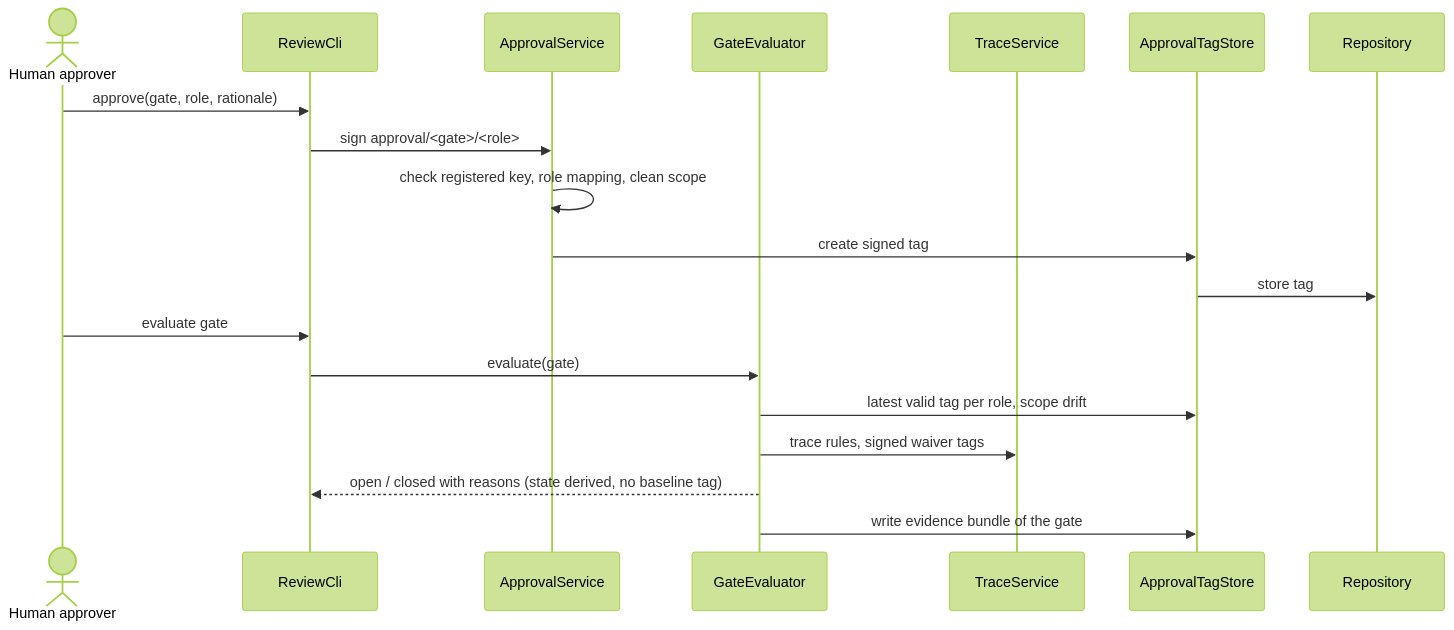
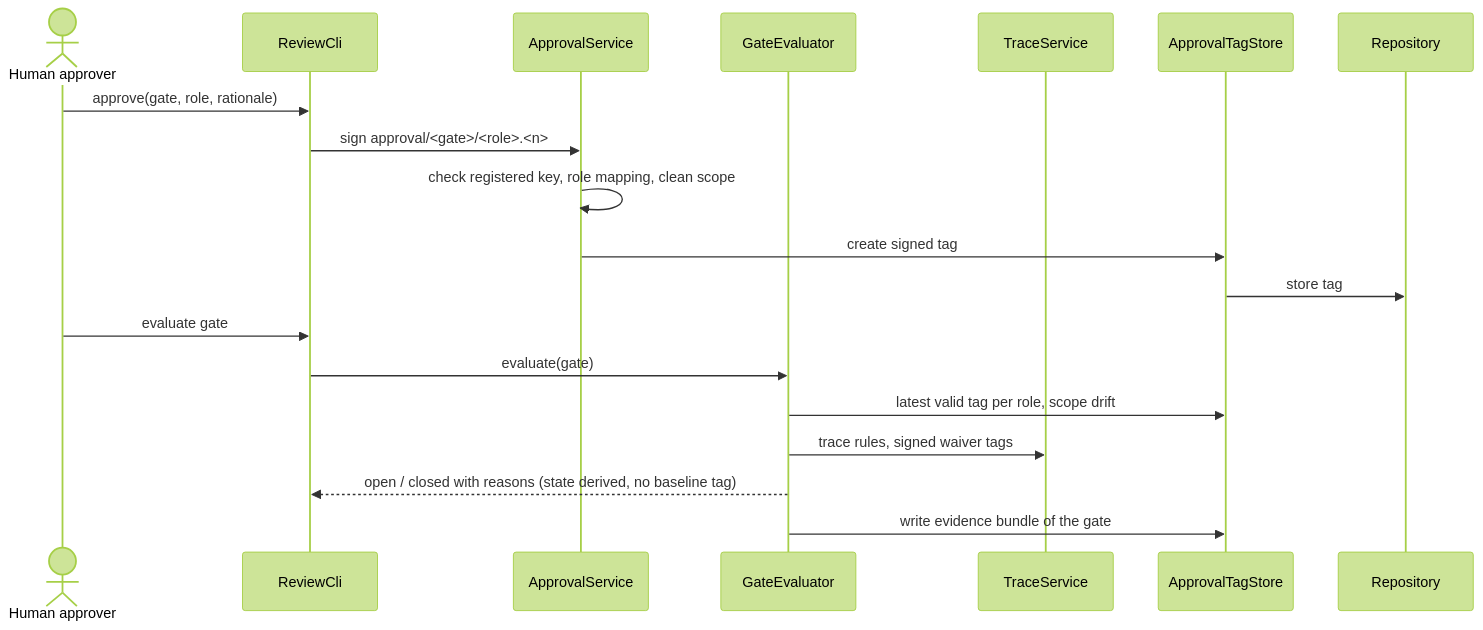
Before and after one commit to DanielLockau-MLPA/specflow: the diagram in docs/diagrams/03_approval_gate_path.mmd, drawn with Mermaid (forest theme). The commit also changed 23 other files, not shown here.

First line of the commit message:
Align architecture model and diagrams with the implementation

```diff
--- a/docs/diagrams/03_approval_gate_path.mmd
+++ b/docs/diagrams/03_approval_gate_path.mmd
@@ -1,19 +1,19 @@
 sequenceDiagram
   actor H as Human approver
   participant CLI as ReviewCli
   participant AP as ApprovalService
   participant GE as GateEvaluator
   participant TS as TraceService
   participant TG as ApprovalTagStore
   participant R as Repository
   H->>CLI: approve(gate, role, rationale)
-  CLI->>AP: sign approval/<gate>/<role>
+  CLI->>AP: sign approval/<gate>/<role>.<n>
   AP->>AP: check registered key, role mapping, clean scope
   AP->>TG: create signed tag
   TG->>R: store tag
   H->>CLI: evaluate gate
   CLI->>GE: evaluate(gate)
   GE->>TG: latest valid tag per role, scope drift
   GE->>TS: trace rules, signed waiver tags
   GE-->>CLI: open / closed with reasons (state derived, no baseline tag)
   GE->>TG: write evidence bundle of the gate
```
